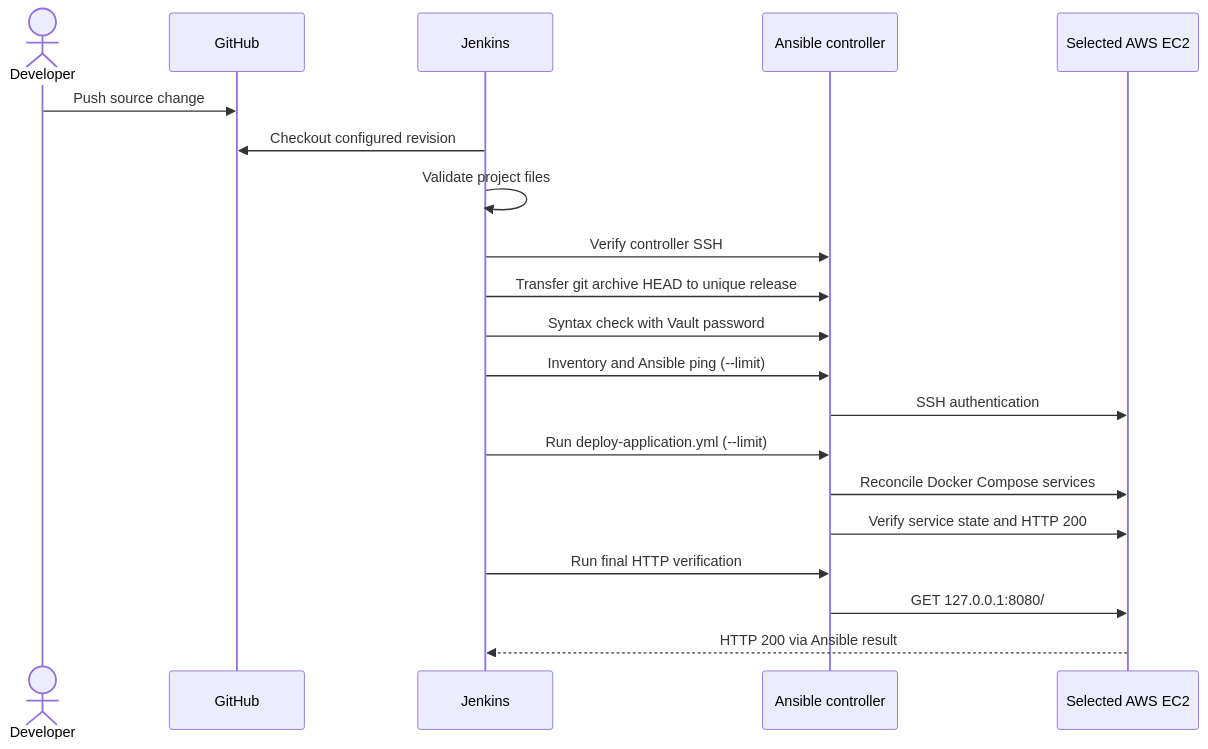
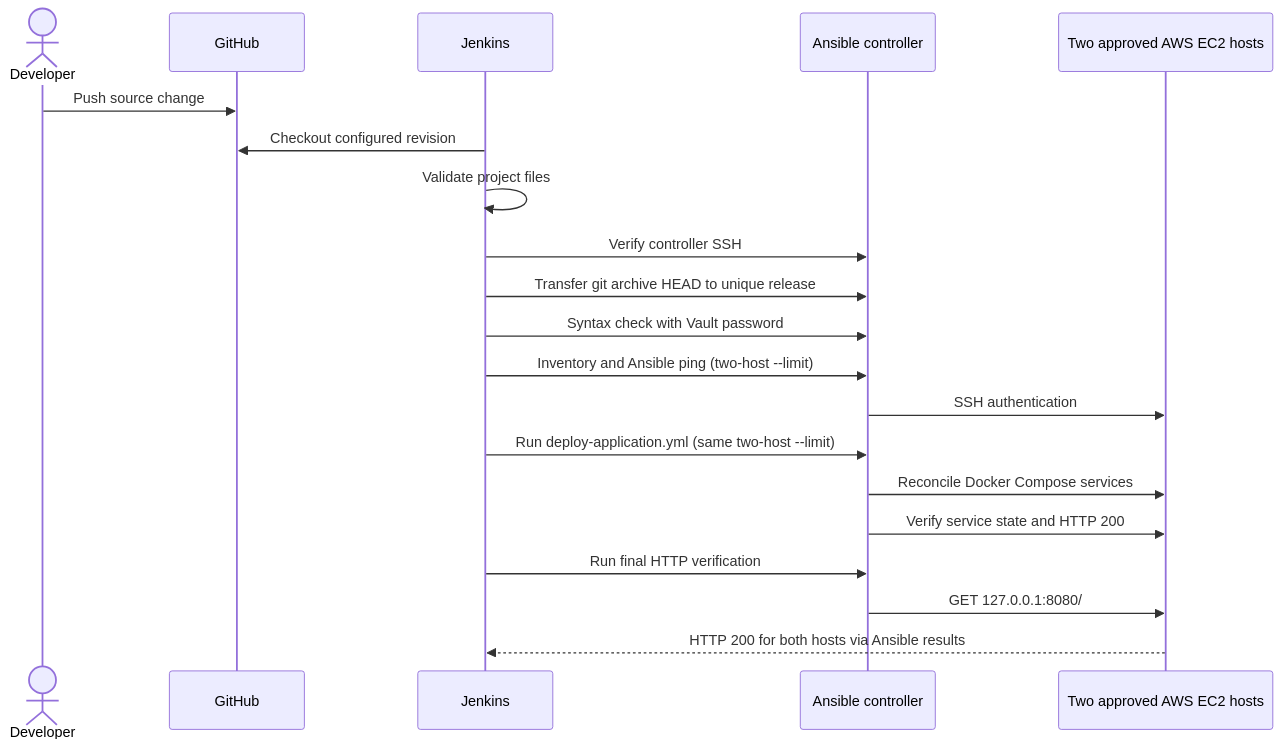
Before and after one commit to asambataiden/twn-capstone-05-ansible-jenkins: the diagram in docs/pipeline.md, drawn with Mermaid. The commit also changed other lines of this file, not shown here.

Commit message:
docs(cap05): explain two-host Jenkins deployment scope and evidence requirements

````diff
--- a/docs/pipeline.md
+++ b/docs/pipeline.md
@@ -14,22 +14,22 @@
 ```mermaid
 sequenceDiagram
     actor Dev as Developer
     participant GH as GitHub
     participant J as Jenkins
     participant A as Ansible controller
-    participant EC2 as Selected AWS EC2
+    participant EC2 as Two approved AWS EC2 hosts
     Dev->>GH: Push source change
     J->>GH: Checkout configured revision
     J->>J: Validate project files
     J->>A: Verify controller SSH
     J->>A: Transfer git archive HEAD to unique release
     J->>A: Syntax check with Vault password
-    J->>A: Inventory and Ansible ping (--limit)
+    J->>A: Inventory and Ansible ping (two-host --limit)
     A->>EC2: SSH authentication
-    J->>A: Run deploy-application.yml (--limit)
+    J->>A: Run deploy-application.yml (same two-host --limit)
     A->>EC2: Reconcile Docker Compose services
     A->>EC2: Verify service state and HTTP 200
     J->>A: Run final HTTP verification
     A->>EC2: GET 127.0.0.1:8080/
-    EC2-->>J: HTTP 200 via Ansible result
+    EC2-->>J: HTTP 200 for both hosts via Ansible results
 ```
````
